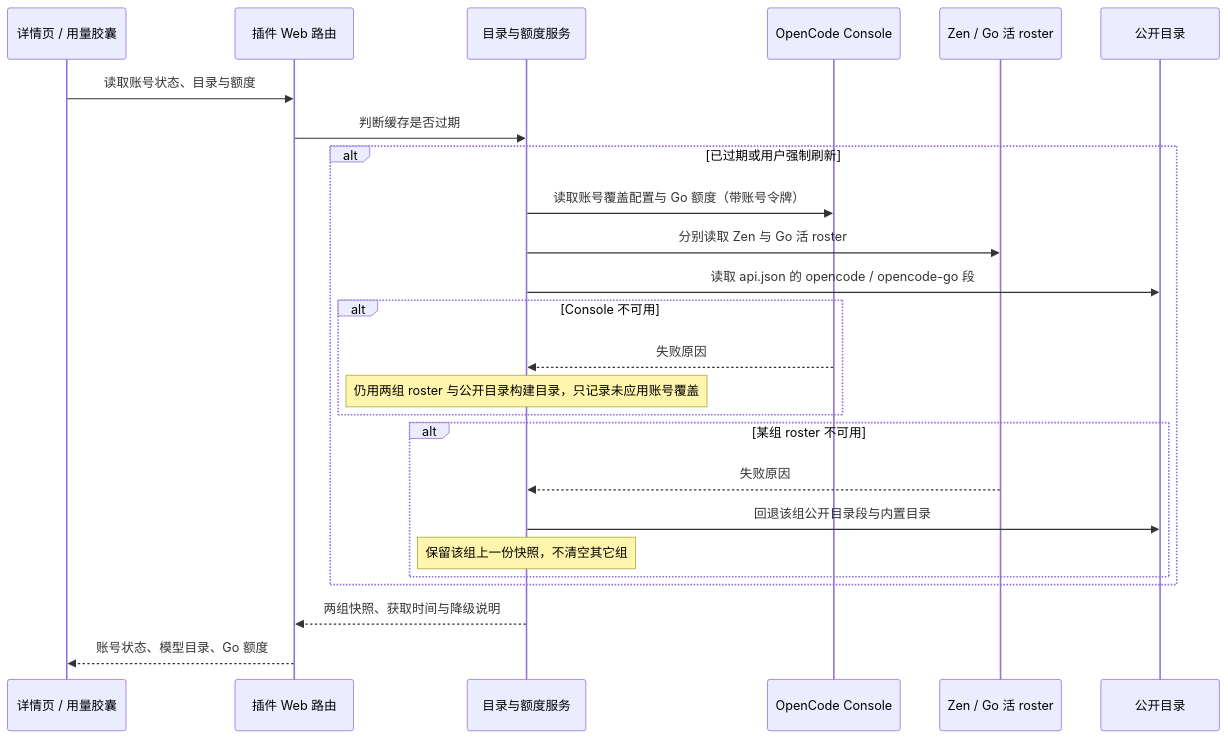
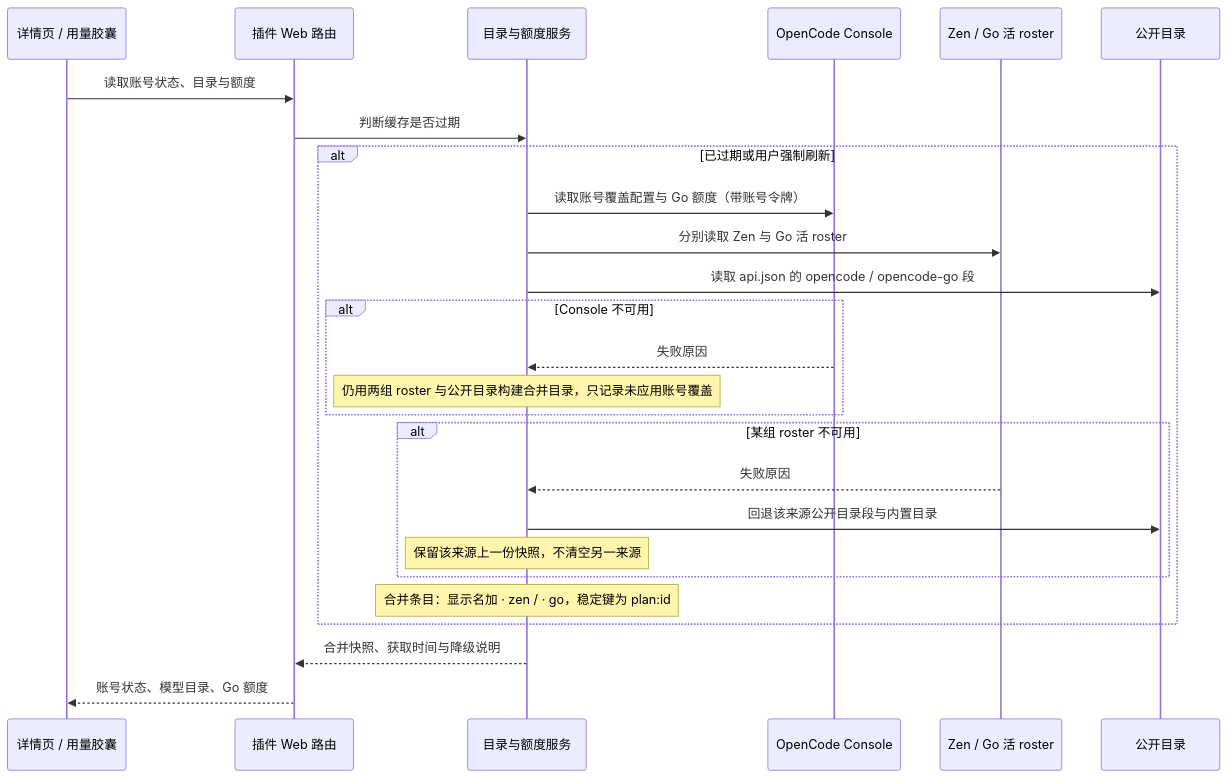
One commit to FNOSP/fnos-dsh changed the fourth of 5 diagrams in docs/plans/PLAN-FNOS-026-dsh-opencode-plugin.md. Above: the diagram before and after it, drawn with Mermaid. The commit also changed other lines of this file and 24 other files, not shown here.

````diff
--- a/docs/plans/PLAN-FNOS-026-dsh-opencode-plugin.md
+++ b/docs/plans/PLAN-FNOS-026-dsh-opencode-plugin.md
@@ -146,27 +143,28 @@
 ```mermaid
 sequenceDiagram
   participant UI as 详情页 / 用量胶囊
   participant Routes as 插件 Web 路由
   participant Service as 目录与额度服务
   participant Console as OpenCode Console
   participant Roster as Zen / Go 活 roster
   participant Public as 公开目录
   UI->>Routes: 读取账号状态、目录与额度
   Routes->>Service: 判断缓存是否过期
   alt 已过期或用户强制刷新
     Service->>Console: 读取账号覆盖配置与 Go 额度（带账号令牌）
     Service->>Roster: 分别读取 Zen 与 Go 活 roster
     Service->>Public: 读取 api.json 的 opencode / opencode-go 段
     alt Console 不可用
       Console-->>Service: 失败原因
-      Note over Service: 仍用两组 roster 与公开目录构建目录，只记录未应用账号覆盖
+      Note over Service: 仍用两组 roster 与公开目录构建合并目录，只记录未应用账号覆盖
     end
     alt 某组 roster 不可用
       Roster-->>Service: 失败原因
-      Service->>Public: 回退该组公开目录段与内置目录
-      Note over Service: 保留该组上一份快照，不清空其它组
+      Service->>Public: 回退该来源公开目录段与内置目录
+      Note over Service: 保留该来源上一份快照，不清空另一来源
     end
+    Note over Service: 合并条目：显示名加 · zen / · go，稳定键为 plan:id
   end
-  Service-->>Routes: 两组快照、获取时间与降级说明
+  Service-->>Routes: 合并快照、获取时间与降级说明
   Routes-->>UI: 账号状态、模型目录、Go 额度
 ```
````
